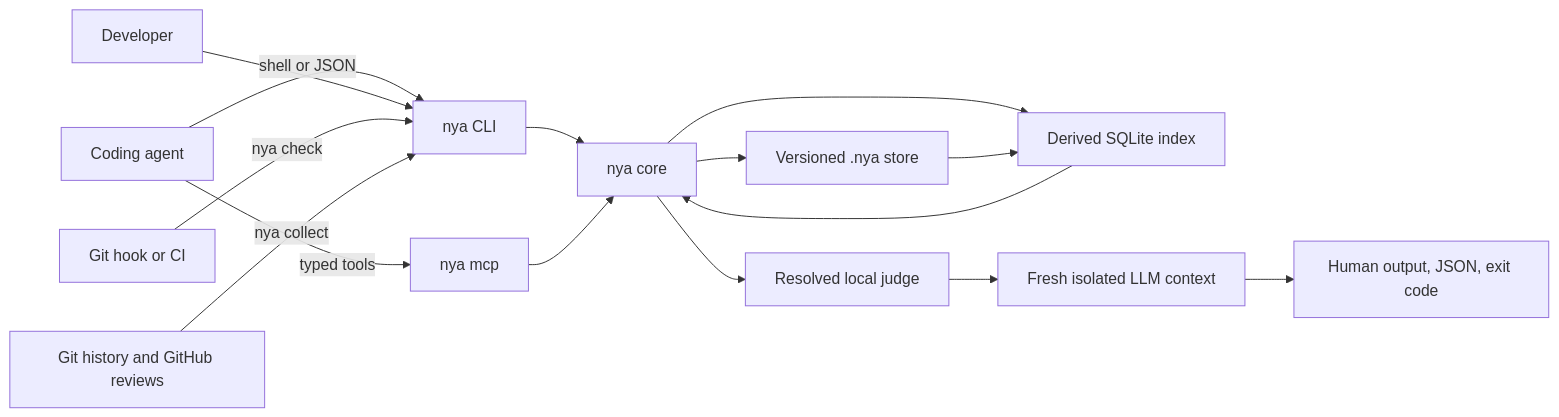
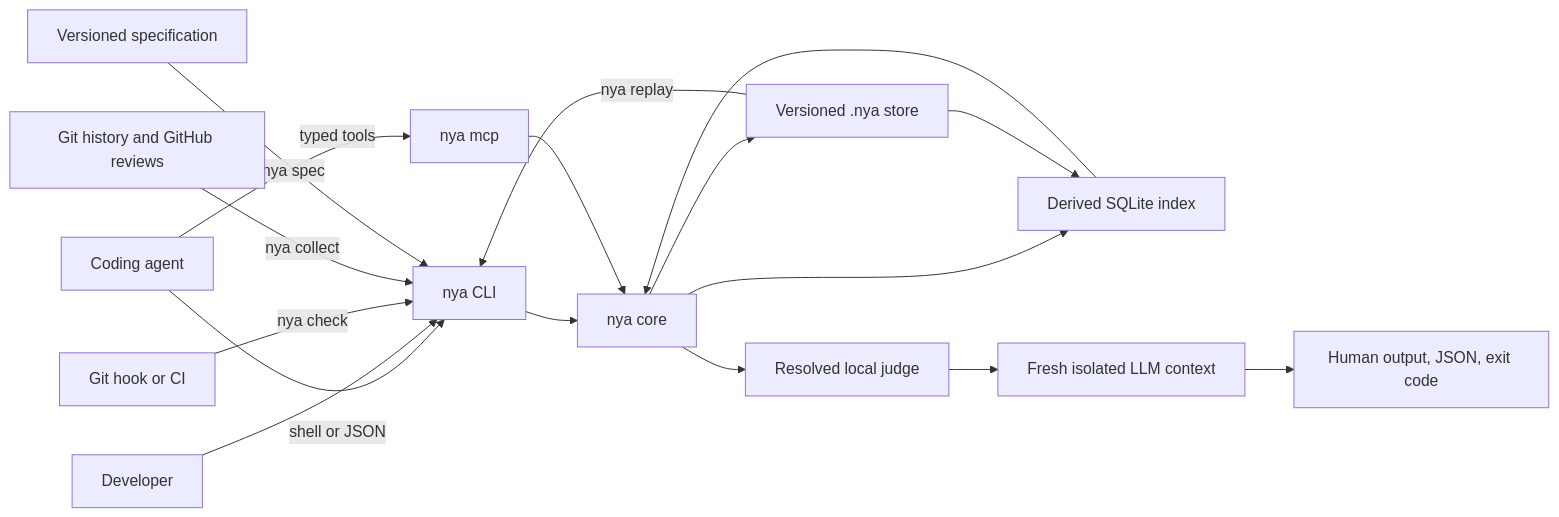
Before and after one commit to lucasrgt/not-you-again: the diagram in ARCHITECTURE.md, drawn with Mermaid. The commit also changed other lines of this file and 18 other files, not shown here.

Commit message:
feat: add scar-driven spec review and replay

````diff
--- a/ARCHITECTURE.md
+++ b/ARCHITECTURE.md
@@ -38,19 +44,21 @@
 ```mermaid
 flowchart LR
     AGENT["Coding agent"] -->|"shell or JSON"| CLI["nya CLI"]
     AGENT -->|"typed tools"| MCP["nya mcp"]
     HUMAN["Developer"] --> CLI
     CI["Git hook or CI"] -->|"nya check"| CLI
     HISTORY["Git history and GitHub reviews"] -->|"nya collect"| CLI
+    SPEC["Versioned specification"] -->|"nya spec"| CLI
+    STORE -->|"nya replay"| CLI
 
     CLI --> CORE["nya core"]
     MCP --> CORE
     CORE --> STORE["Versioned .nya store"]
     CORE --> INDEX["Derived SQLite index"]
     CORE --> RUNNER["Resolved local judge"]
     RUNNER --> JUDGE["Fresh isolated LLM context"]
 
     STORE --> INDEX
     INDEX --> CORE
     JUDGE --> RESULT["Human output, JSON, exit code"]
 ```
````
